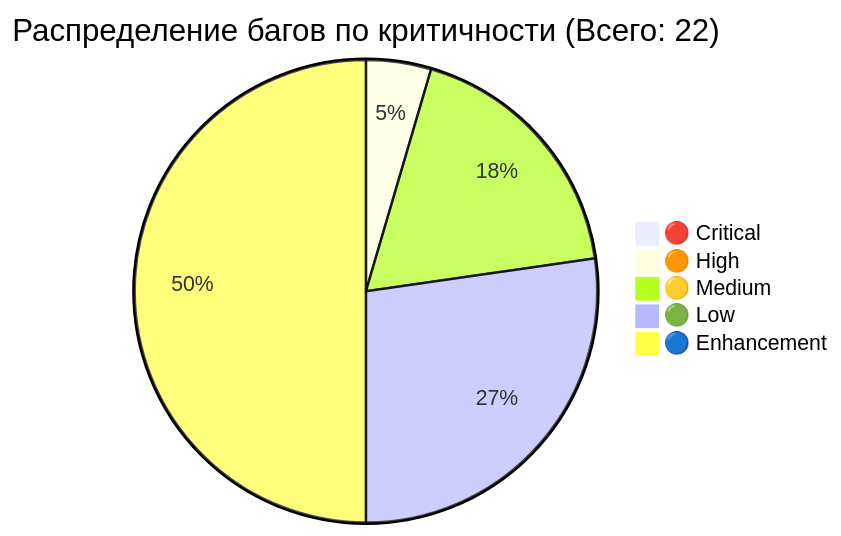
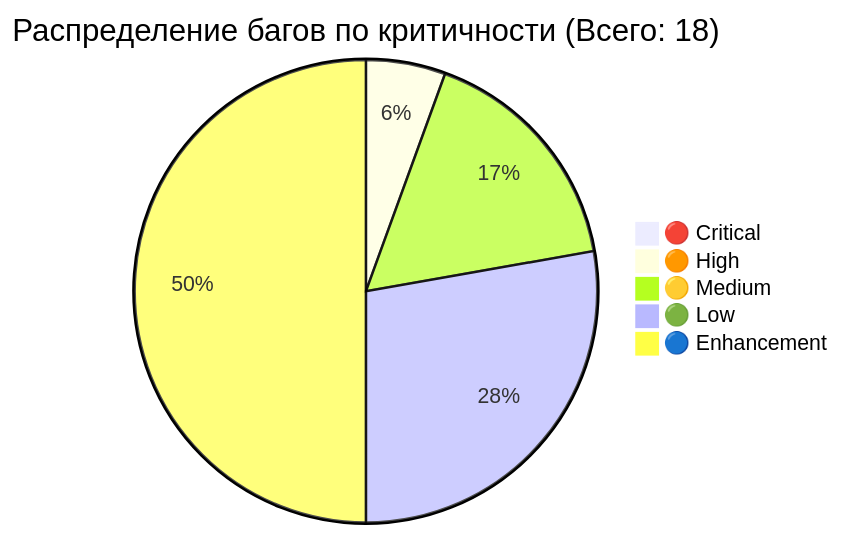
Before and after one commit to HOW2AI-AGENCY/albert3-muse-synth-studio: the fourth of 9 diagrams in project-management/reports/team-dashboard.md, drawn with Mermaid. The commit also changed other lines of this file and 6 other files, not shown here.

````diff
--- a/project-management/reports/team-dashboard.md
+++ b/project-management/reports/team-dashboard.md
@@ -105,8 +105,8 @@
 ```mermaid
-pie title Распределение багов по критичности (Всего: 22)
+pie title Распределение багов по критичности (Всего: 18)
     "🔴 Critical" : 0
     "🟠 High" : 1
-    "🟡 Medium" : 4
-    "🟢 Low" : 6
-    "🔵 Enhancement" : 11
+    "🟡 Medium" : 3
+    "🟢 Low" : 5
+    "🔵 Enhancement" : 9
 ```
````
